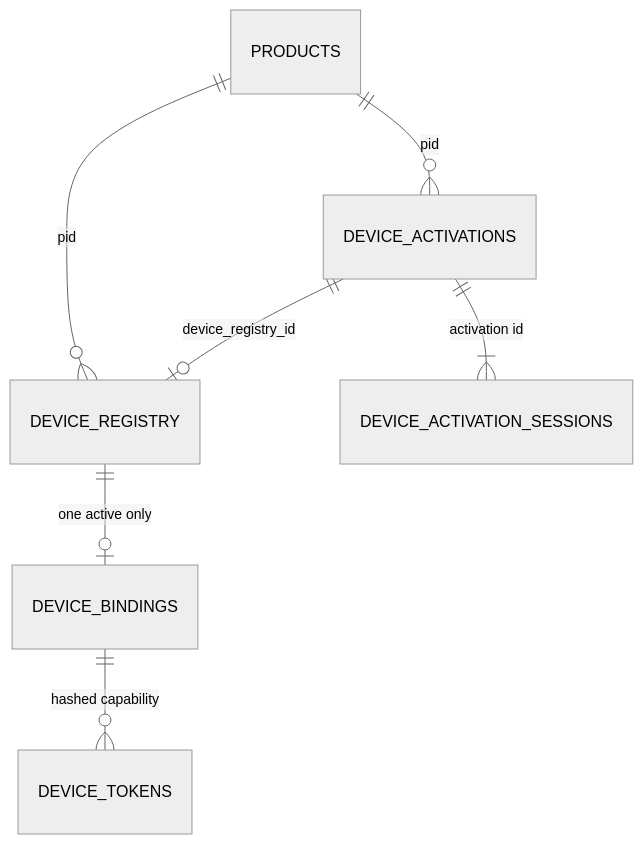
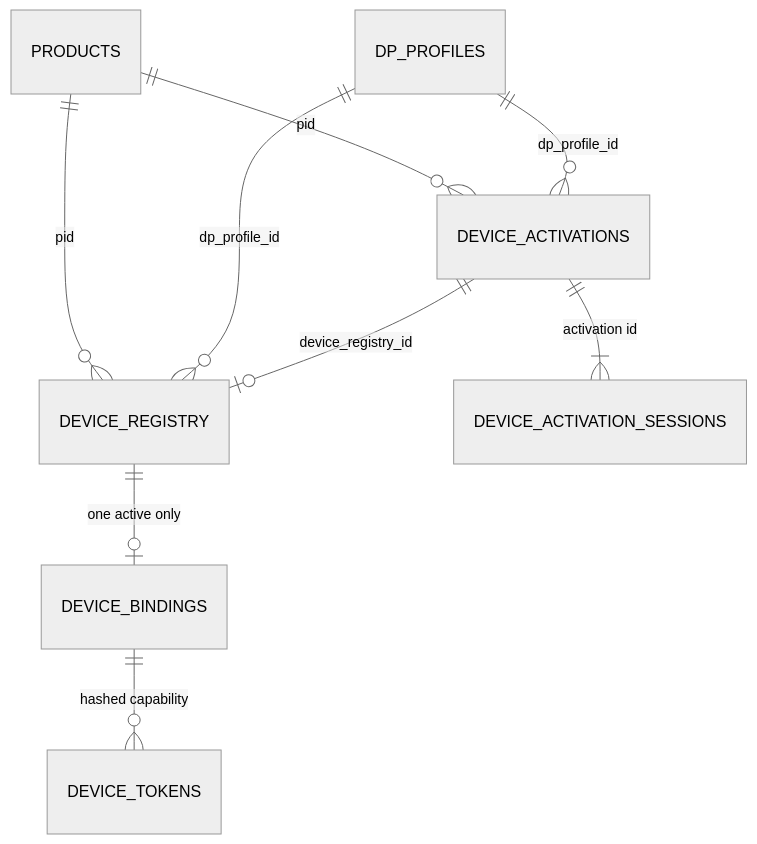
The second of 3 diagrams in docs/flows/设备登记与激活流程.md (iolucasluo/aws-iot-gateway), drawn with Mermaid (neutral theme) before and after one commit. The commit also changed other lines of this file and 49 other files, not shown here.

First line of the commit message:
feat(activation)!: decouple device DP profiles from products

````diff
--- a/docs/flows/设备登记与激活流程.md
+++ b/docs/flows/设备登记与激活流程.md
@@ -72,9 +77,11 @@
 ```mermaid
 erDiagram
     PRODUCTS ||--o{ DEVICE_ACTIVATIONS : "pid"
     PRODUCTS ||--o{ DEVICE_REGISTRY : "pid"
+    DP_PROFILES ||--o{ DEVICE_ACTIVATIONS : "dp_profile_id"
+    DP_PROFILES ||--o{ DEVICE_REGISTRY : "dp_profile_id"
     DEVICE_ACTIVATIONS ||--o| DEVICE_REGISTRY : "device_registry_id"
     DEVICE_ACTIVATIONS ||--|{ DEVICE_ACTIVATION_SESSIONS : "activation id"
     DEVICE_REGISTRY ||--o| DEVICE_BINDINGS : "one active only"
     DEVICE_BINDINGS ||--o{ DEVICE_TOKENS : "hashed capability"
 ```
````
